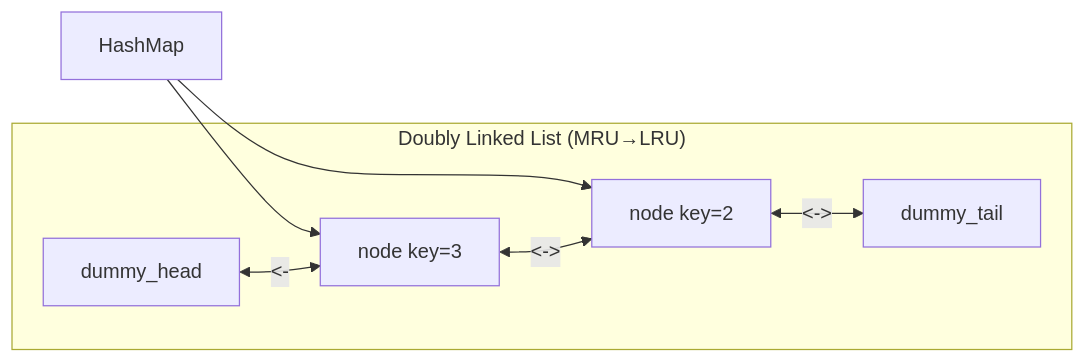
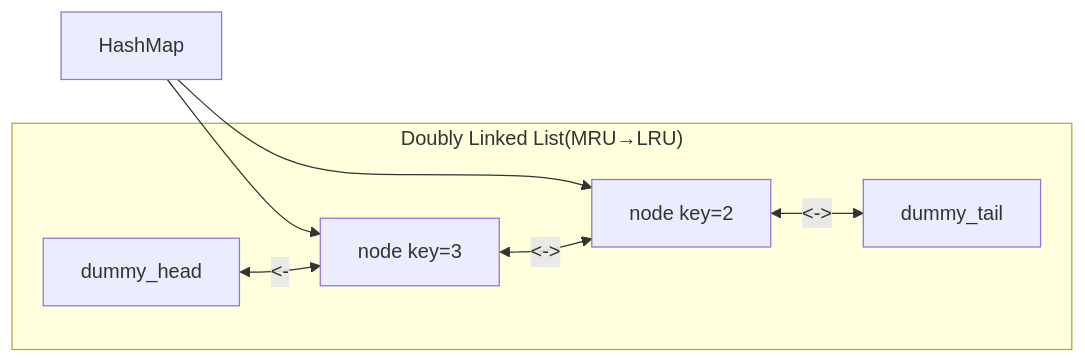
The diagram in content/questions/fundamentals/lru-cache-design.md (pploc/swe-icon-the-moment), drawn with Mermaid before and after one commit. The commit also changed 138 other files, not shown here.

````diff
--- a/content/questions/fundamentals/lru-cache-design.md
+++ b/content/questions/fundamentals/lru-cache-design.md
@@ -22,9 +22,11 @@
 ```mermaid
 flowchart LR
-    H[HashMap] --> N2["node key=2"]
+    H["HashMap"] --> N2["node key=2"]
     H --> N3["node key=3"]
-    subgraph DLL["Doubly Linked List (MRU→LRU)"]
+    subgraph DLL["Doubly Linked List(MRU→LRU)"]
         dummy_head <-->|<-| N3 <-->|<->| N2 <-->|<->| dummy_tail
     end
 
+
+
 ```
````
